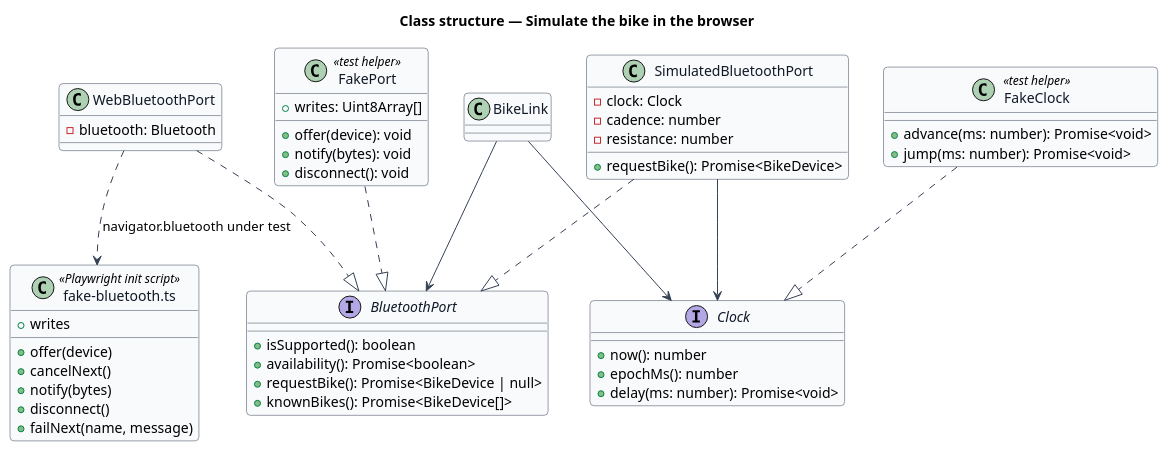
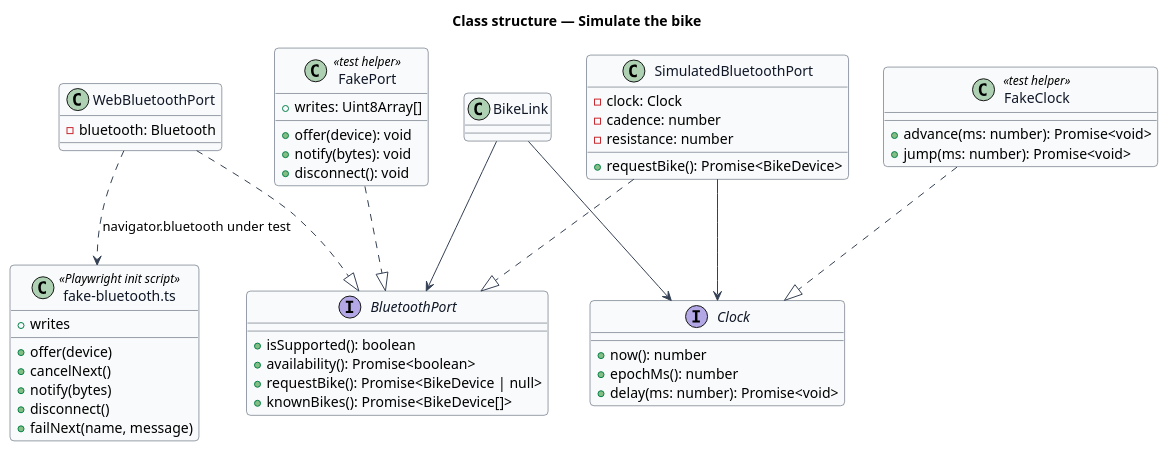
The diagram in docs/detailed-designs/bike-connectivity/simulate-the-bike/diagrams/class-structure.puml (QuinntyneBrown/ride-one), drawn with PlantUML before and after one commit. The commit also changed 547 other files, not shown here.

```diff
--- a/docs/detailed-designs/bike-connectivity/simulate-the-bike/diagrams/class-structure.puml
+++ b/docs/detailed-designs/bike-connectivity/simulate-the-bike/diagrams/class-structure.puml
@@ -1,62 +1,62 @@
 @startuml
 skinparam backgroundColor #FFFFFF
 skinparam shadowing false
 skinparam roundcorner 8
 skinparam defaultFontName Arial
 skinparam ArrowColor #344054
 skinparam class {
   BorderColor #344054
   FontColor #101828
   BackgroundColor #F9FAFB
 }
-title Class structure — Simulate the bike in the browser
+title Class structure — Simulate the bike
 
 interface BluetoothPort {
   +isSupported(): boolean
   +availability(): Promise<boolean>
   +requestBike(): Promise<BikeDevice | null>
   +knownBikes(): Promise<BikeDevice[]>
 }
 class WebBluetoothPort {
   -bluetooth: Bluetooth
 }
 class SimulatedBluetoothPort {
   -clock: Clock
   -cadence: number
   -resistance: number
   +requestBike(): Promise<BikeDevice>
 }
 class FakePort <<test helper>> {
   +offer(device): void
   +notify(bytes): void
   +disconnect(): void
   +writes: Uint8Array[]
 }
 interface Clock {
   +now(): number
   +epochMs(): number
   +delay(ms: number): Promise<void>
 }
 class FakeClock <<test helper>> {
   +advance(ms: number): Promise<void>
   +jump(ms: number): Promise<void>
 }
 class BikeLink
 class "fake-bluetooth.ts" as fixture <<Playwright init script>> {
   +offer(device)
   +cancelNext()
   +notify(bytes)
   +disconnect()
   +failNext(name, message)
   +writes
 }
 
 WebBluetoothPort ..|> BluetoothPort
 SimulatedBluetoothPort ..|> BluetoothPort
 FakePort ..|> BluetoothPort
 FakeClock ..|> Clock
 SimulatedBluetoothPort --> Clock
 BikeLink --> BluetoothPort
 BikeLink --> Clock
 WebBluetoothPort ..> fixture : navigator.bluetooth under test
 @enduml
```
